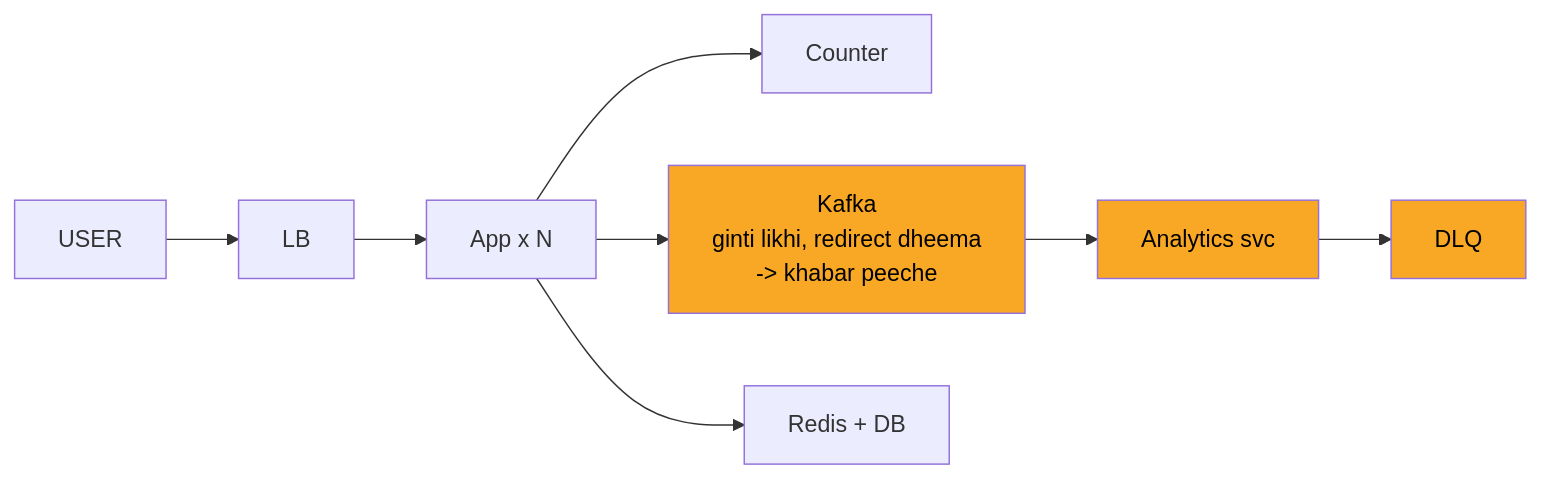
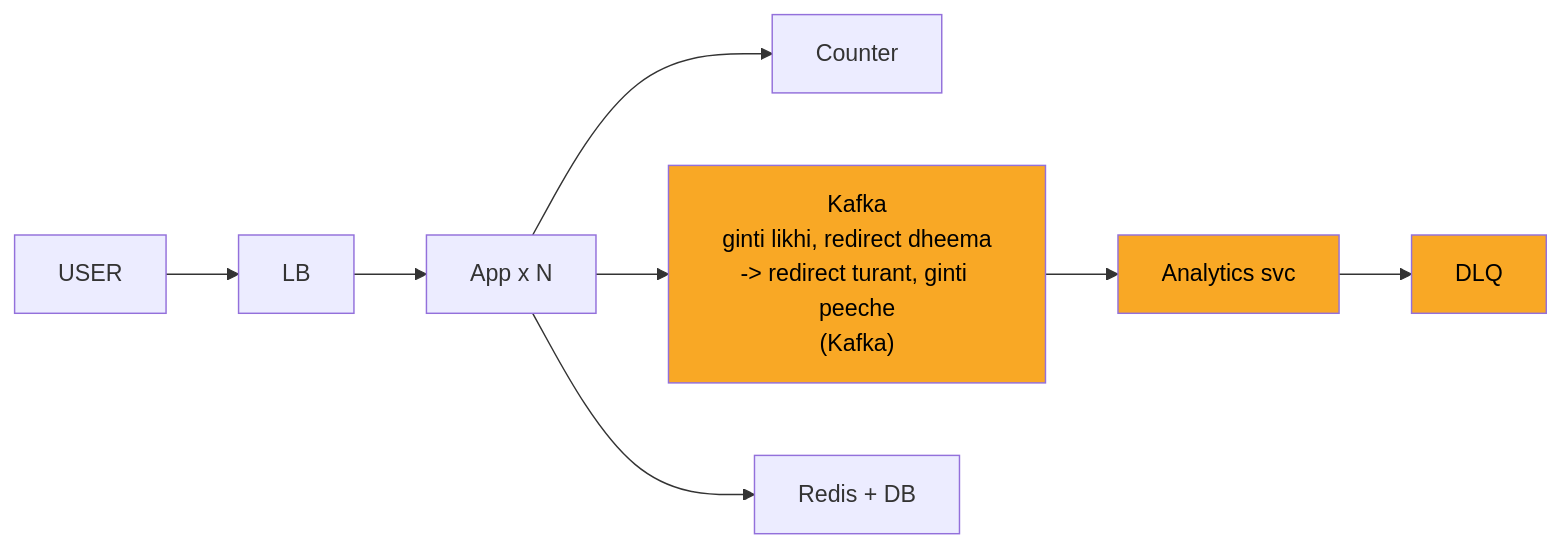
Before and after one commit to ArpanMaheshwari144/Prep: the fifth of 10 diagrams in 04_HLD/SYSTEM_DESIGNS/01_url_shortener/01_url_shortener.md, drawn with Mermaid. The commit also changed other lines of this file and 13 other files, not shown here.

````diff
--- a/04_HLD/SYSTEM_DESIGNS/01_url_shortener/01_url_shortener.md
+++ b/04_HLD/SYSTEM_DESIGNS/01_url_shortener/01_url_shortener.md
@@ -214,21 +214,21 @@
 ```mermaid
 flowchart LR
     n_USER["USER"]
     n_LB["LB"]
     n_App_xN["App x N"]
     n_Counter["Counter"]
-    n_Kafka["Kafka<br/>ginti likhi, redirect dheema<br/>-> khabar peeche"]
+    n_Kafka["Kafka<br/>ginti likhi, redirect dheema<br/>-> redirect turant, ginti peeche<br/>(Kafka)"]
     n_Analytics_svc["Analytics svc"]
     n_DLQ["DLQ"]
     n_RD["Redis + DB"]
     n_USER --> n_LB
     n_LB --> n_App_xN
     n_App_xN --> n_Counter
     n_App_xN --> n_Kafka
     n_App_xN --> n_RD
     n_Kafka --> n_Analytics_svc
     n_Analytics_svc --> n_DLQ
     style n_Kafka fill:#f9a825,color:#000
     style n_Analytics_svc fill:#f9a825,color:#000
     style n_DLQ fill:#f9a825,color:#000
 ```
````
